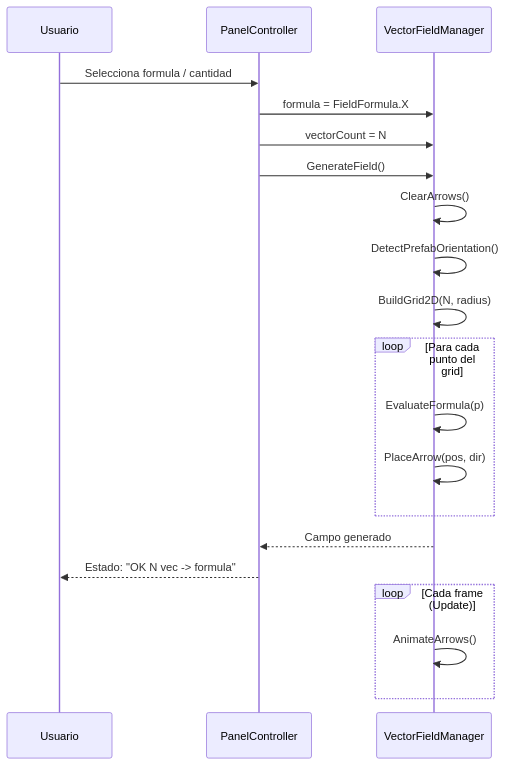
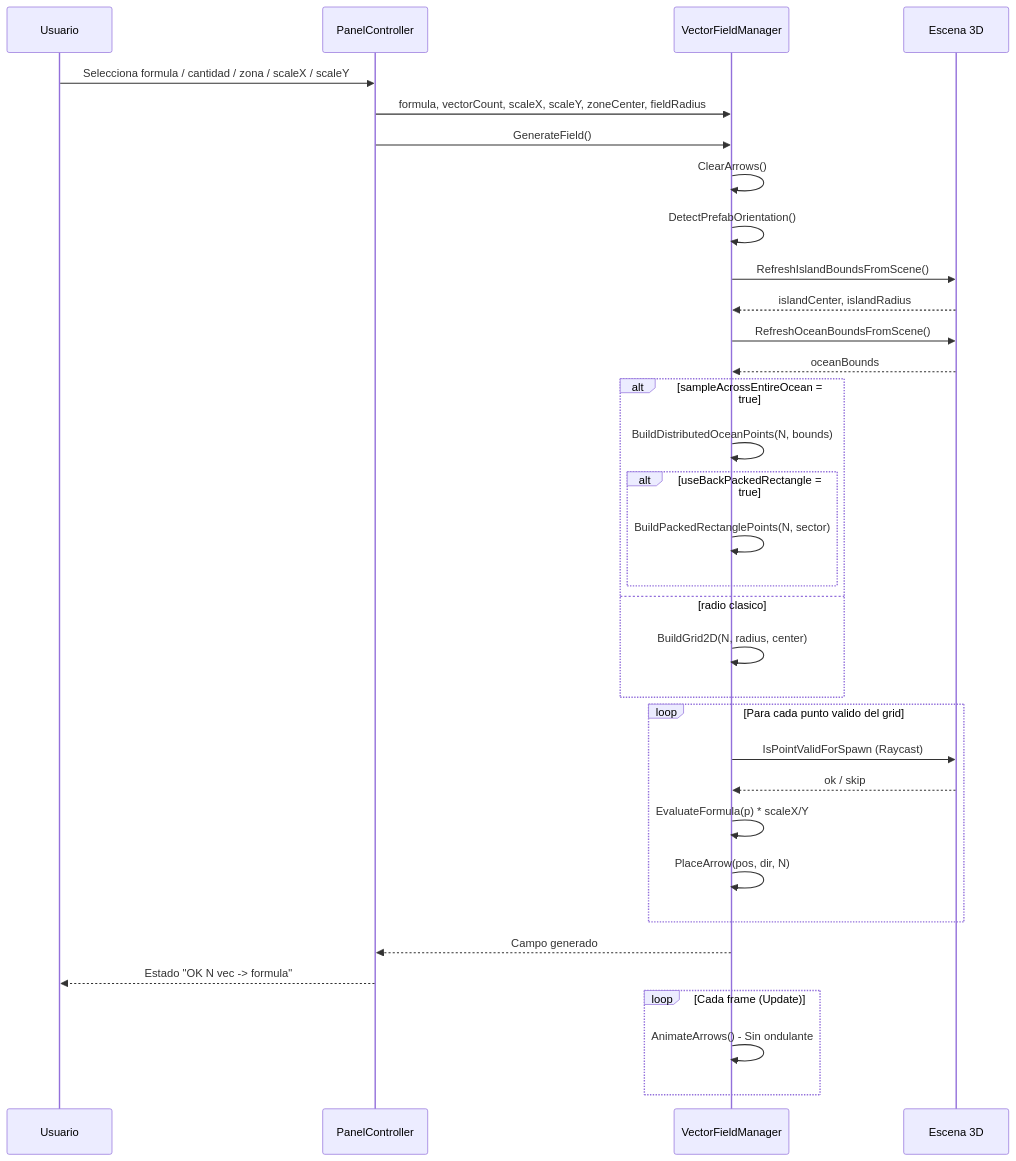
One commit to BurbanoValentina/AplicacionVectores changed the fourth of 5 diagrams in README.md. Above: the diagram before and after it, drawn with Mermaid. The commit also changed other lines of this file, not shown here.

Commit message:
Mejora README: diagramas Mermaid actualizados con nuevas funciones de 2026

````diff
--- a/README.md
+++ b/README.md
@@ -227,24 +273,40 @@
 ```mermaid
 sequenceDiagram
     participant U as Usuario
     participant PC as PanelController
     participant VFM as VectorFieldManager
+    participant SCN as Escena 3D
 
-    U->>PC: Selecciona formula / cantidad
-    PC->>VFM: formula = FieldFormula.X
-    PC->>VFM: vectorCount = N
+    U->>PC: Selecciona formula / cantidad / zona / scaleX / scaleY
+    PC->>VFM: formula, vectorCount, scaleX, scaleY, zoneCenter, fieldRadius
     PC->>VFM: GenerateField()
     VFM->>VFM: ClearArrows()
     VFM->>VFM: DetectPrefabOrientation()
-    VFM->>VFM: BuildGrid2D(N, radius)
-    loop Para cada punto del grid
-        VFM->>VFM: EvaluateFormula(p)
-        VFM->>VFM: PlaceArrow(pos, dir)
+    VFM->>SCN: RefreshIslandBoundsFromScene()
+    SCN-->>VFM: islandCenter, islandRadius
+    VFM->>SCN: RefreshOceanBoundsFromScene()
+    SCN-->>VFM: oceanBounds
+
+    alt sampleAcrossEntireOcean = true
+        VFM->>VFM: BuildDistributedOceanPoints(N, bounds)
+        alt useBackPackedRectangle = true
+            VFM->>VFM: BuildPackedRectanglePoints(N, sector)
+        end
+    else radio clasico
+        VFM->>VFM: BuildGrid2D(N, radius, center)
     end
+
+    loop Para cada punto valido del grid
+        VFM->>SCN: IsPointValidForSpawn (Raycast)
+        SCN-->>VFM: ok / skip
+        VFM->>VFM: EvaluateFormula(p) * scaleX/Y
+        VFM->>VFM: PlaceArrow(pos, dir, N)
+    end
+
     VFM-->>PC: Campo generado
-    PC-->>U: Estado: "OK N vec -> formula"
+    PC-->>U: Estado "OK N vec -> formula"
 
     loop Cada frame (Update)
-        VFM->>VFM: AnimateArrows()
+        VFM->>VFM: AnimateArrows() - Sin ondulante
     end
 ```
````
